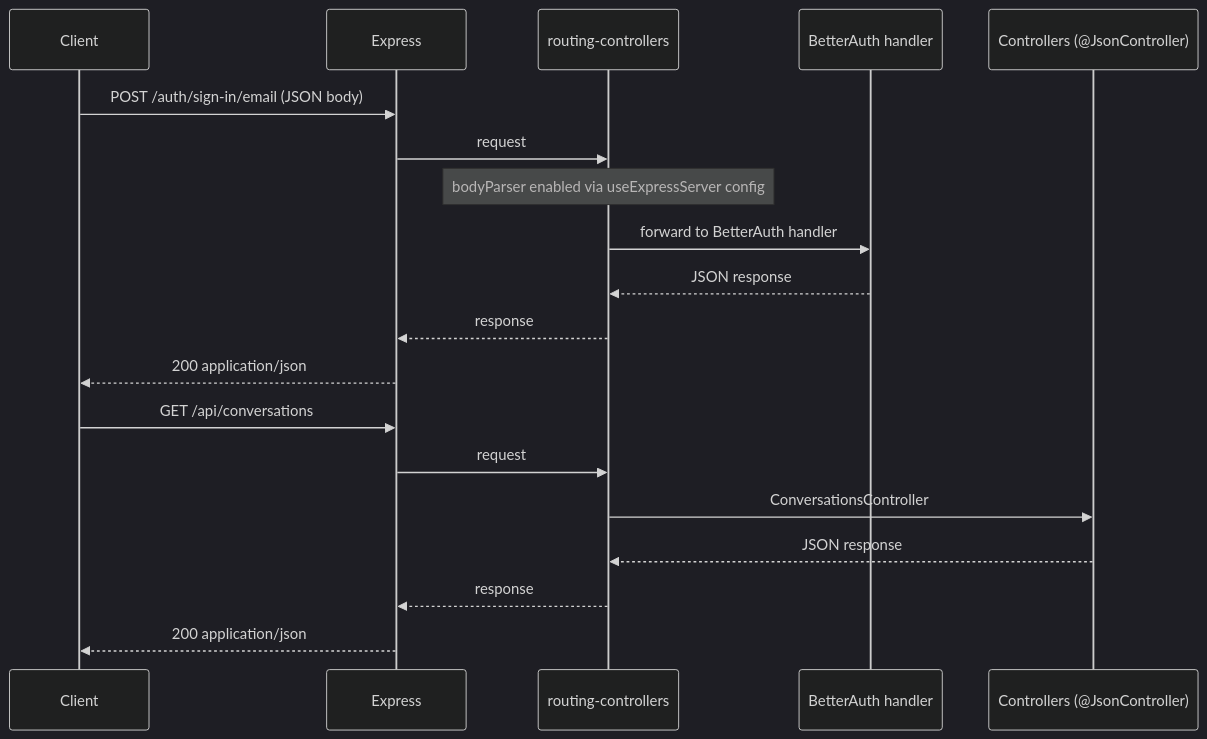
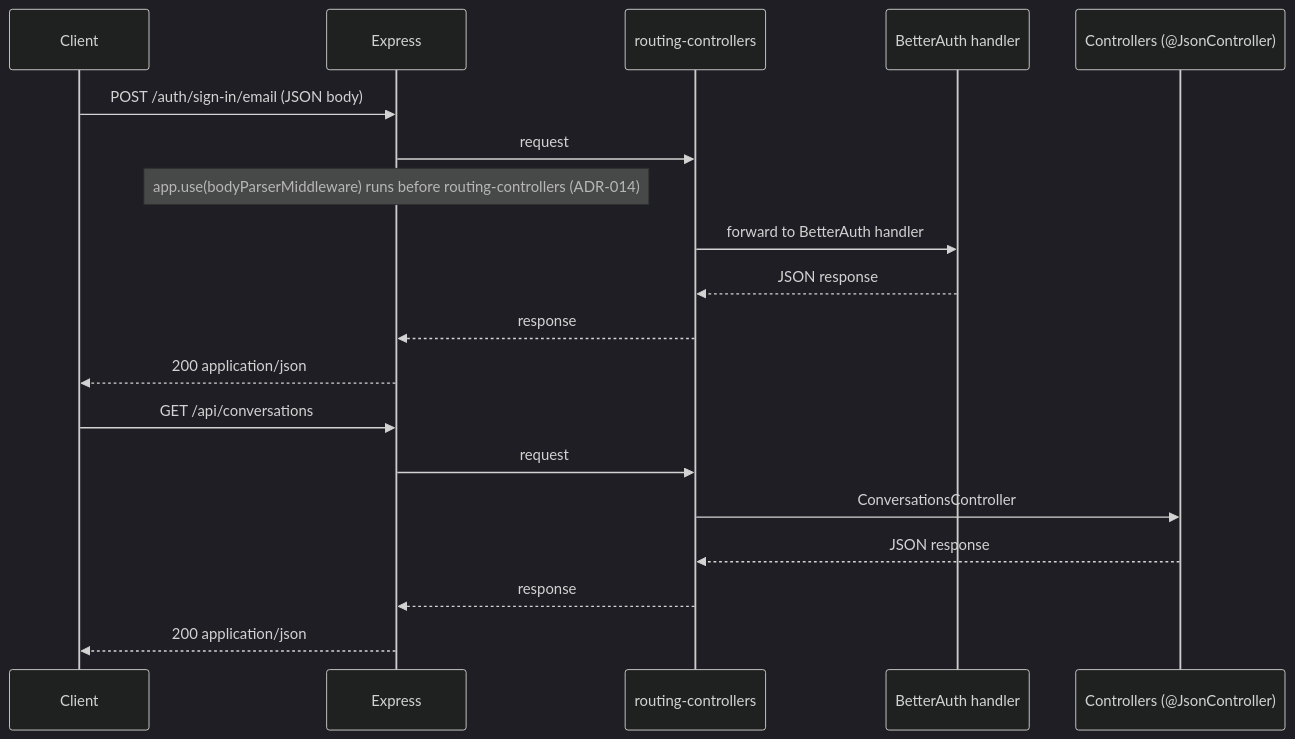
One commit to csim-sg/yacc changed the diagram in .docs/governance/GOV-015-pr227-week1-docs-entrypoint-tests.md. Above: the diagram before and after it, drawn with Mermaid (dark theme). The commit also changed other lines of this file and 10 other files, not shown here.

````diff
--- a/.docs/governance/GOV-015-pr227-week1-docs-entrypoint-tests.md
+++ b/.docs/governance/GOV-015-pr227-week1-docs-entrypoint-tests.md
@@ -125,23 +126,23 @@
 ```mermaid
 sequenceDiagram
   participant C as Client
   participant E as Express
   participant RC as routing-controllers
   participant BA as BetterAuth handler
   participant CT as Controllers (@JsonController)
 
   C->>E: POST /auth/sign-in/email (JSON body)
   E->>RC: request
-  Note over RC: bodyParser enabled via useExpressServer config
+  Note over E: app.use(bodyParserMiddleware) runs before routing-controllers (ADR-014)
   RC->>BA: forward to BetterAuth handler
   BA-->>RC: JSON response
   RC-->>E: response
   E-->>C: 200 application/json
 
   C->>E: GET /api/conversations
   E->>RC: request
   RC->>CT: ConversationsController
   CT-->>RC: JSON response
   RC-->>E: response
   E-->>C: 200 application/json
 ```
````
